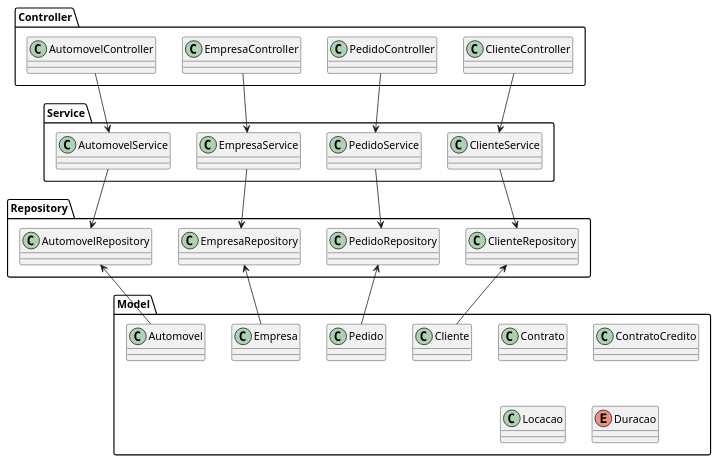
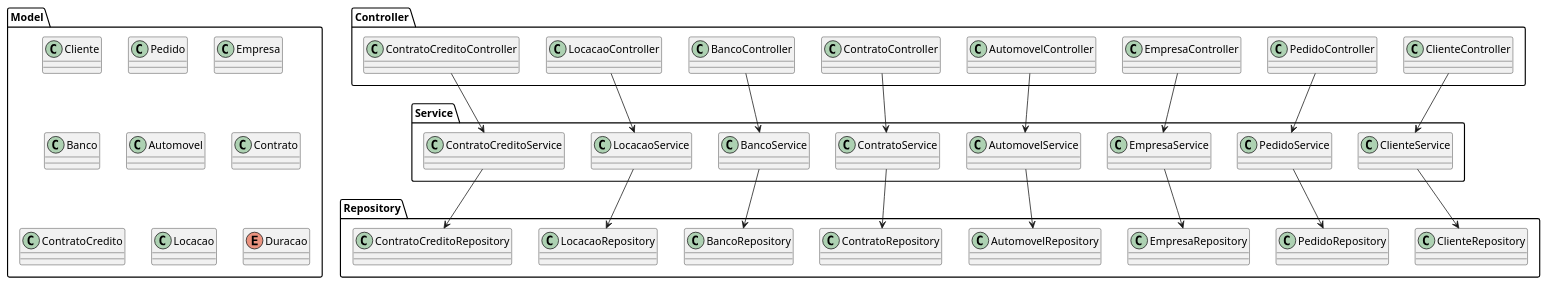
Before and after one commit to RafaMtF/LDS-Lab02: the diagram in project/code/packageDiagram.puml, drawn with PlantUML.

```diff
--- a/project/code/packageDiagram.puml
+++ b/project/code/packageDiagram.puml
@@ -1,50 +1,66 @@
 @startuml packageDiagram
 
 package "Controller" {
     class ClienteController
     class PedidoController
     class EmpresaController
     class AutomovelController
+    class ContratoController
+    class BancoController
+    class LocacaoController
+    class ContratoCreditoController
 }
 
 package "Service" {
     class ClienteService
     class PedidoService
     class EmpresaService
     class AutomovelService
+    class ContratoService
+    class BancoService
+    class LocacaoService
+    class ContratoCreditoService
 }
 
 package "Repository" {
     class ClienteRepository
     class PedidoRepository
     class EmpresaRepository
     class AutomovelRepository
+    class ContratoRepository
+    class BancoRepository
+    class LocacaoRepository
+    class ContratoCreditoRepository
 }
 
 package "Model" {
     class Cliente
     class Pedido
     class Empresa
+    class Banco
     class Automovel
     class Contrato
     class ContratoCredito
     class Locacao
     enum Duracao
 }
 
 ClienteController --> ClienteService
 PedidoController --> PedidoService
 EmpresaController --> EmpresaService
 AutomovelController --> AutomovelService
+ContratoController --> ContratoService
+BancoController --> BancoService
+LocacaoController --> LocacaoService
+ContratoCreditoController --> ContratoCreditoService
 
 ClienteService --> ClienteRepository
 PedidoService --> PedidoRepository
 EmpresaService --> EmpresaRepository
 AutomovelService --> AutomovelRepository
-
-ClienteRepository <-- Cliente
-PedidoRepository <-- Pedido
-EmpresaRepository <-- Empresa
-AutomovelRepository <-- Automovel
+ContratoService --> ContratoRepository
+BancoService --> BancoRepository
+LocacaoService --> LocacaoRepository
+ContratoCreditoService --> ContratoCreditoRepository
 
 @enduml
```
